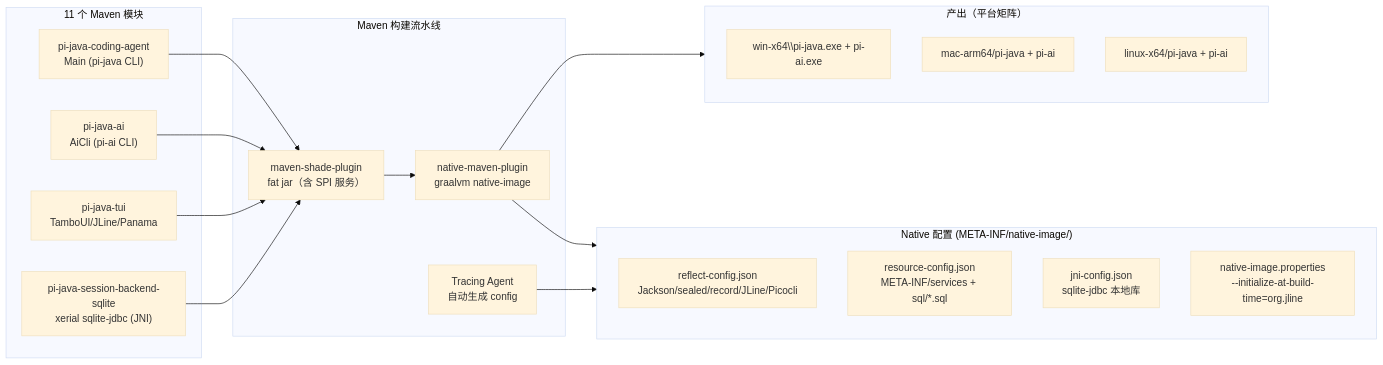
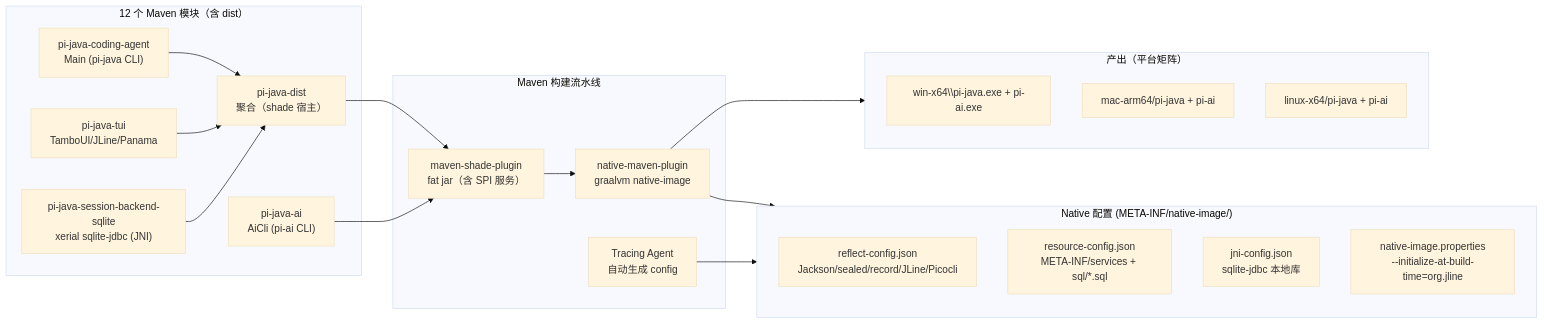
Before and after one commit to liangxingguang/pi-java: the diagram in docs/10-phase5-native-design.md, drawn with Mermaid (base theme). The commit also changed other lines of this file, not shown here.

Commit message:
docs(phase5): fix review issues — charset flag syntax, per-platform -march, version property list, resource/logback wording, dist modules note

````diff
--- a/docs/10-phase5-native-design.md
+++ b/docs/10-phase5-native-design.md
@@ -13,35 +13,37 @@
 ```mermaid
 flowchart LR
-    subgraph src["11 个 Maven 模块"]
+    subgraph src["12 个 Maven 模块（含 dist）"]
         ca["pi-java-coding-agent<br/>Main (pi-java CLI)"]
         ai["pi-java-ai<br/>AiCli (pi-ai CLI)"]
         tui["pi-java-tui<br/>TamboUI/JLine/Panama"]
         sqlite["pi-java-session-backend-sqlite<br/>xerial sqlite-jdbc (JNI)"]
+        dist["pi-java-dist<br/>聚合（shade 宿主）"]
     end
 
     subgraph build["Maven 构建流水线"]
         shade["maven-shade-plugin<br/>fat jar（含 SPI 服务）"]
         native["native-maven-plugin<br/>graalvm native-image"]
         agent["Tracing Agent<br/>自动生成 config"]
     end
 
     subgraph cfg["Native 配置 (META-INF/native-image/)"]
         reflect["reflect-config.json<br/>Jackson/sealed/record/JLine/Picocli"]
         resource["resource-config.json<br/>META-INF/services + sql/*.sql"]
         jni["jni-config.json<br/>sqlite-jdbc 本地库"]
         props["native-image.properties<br/>--initialize-at-build-time=org.jline"]
     end
 
     subgraph out["产出（平台矩阵）"]
         win["win-x64\\pi-java.exe + pi-ai.exe"]
         mac["mac-arm64/pi-java + pi-ai"]
         linux["linux-x64/pi-java + pi-ai"]
     end
 
-    ca --> shade --> native --> out
+    ca --> dist
+    tui --> dist
+    sqlite --> dist
+    dist --> shade --> native --> out
     ai --> shade
-    tui --> shade
-    sqlite --> shade
     native --> cfg
     agent --> cfg
 ```
````
